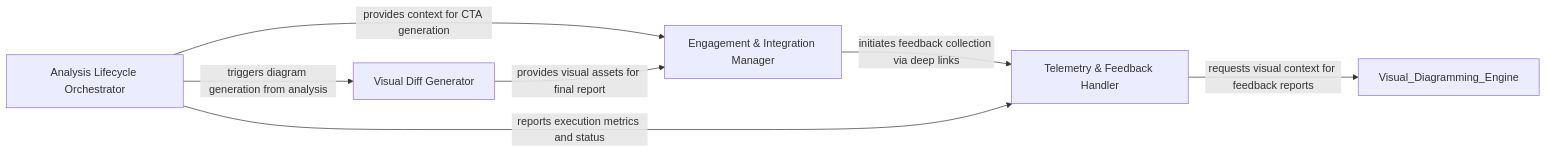
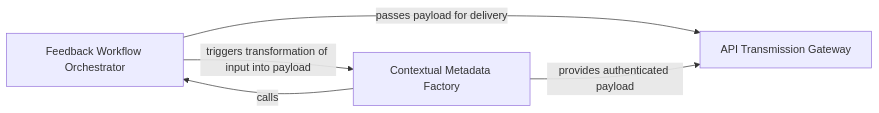
Before and after one commit to CodeBoarding/CodeBoarding-action: the fifth of 5 diagrams in docs/development/architecture.md, drawn with Mermaid. The commit also changed other lines of this file and 12 other files, not shown here.

Commit message:
chore(codeboarding): sync architecture baseline

````diff
--- a/docs/development/architecture.md
+++ b/docs/development/architecture.md
@@ -645,13 +461,10 @@
 ```mermaid
 graph LR
-    Telemetry_Feedback_Handler["Telemetry & Feedback Handler"]
-    Analysis_Lifecycle_Orchestrator["Analysis Lifecycle Orchestrator"]
-    Visual_Diff_Generator["Visual Diff Generator"]
-    Engagement_Integration_Manager["Engagement & Integration Manager"]
-    Analysis_Lifecycle_Orchestrator -- "triggers diagram generation from analysis" --> Visual_Diff_Generator
-    Analysis_Lifecycle_Orchestrator -- "provides context for CTA generation" --> Engagement_Integration_Manager
-    Visual_Diff_Generator -- "provides visual assets for final report" --> Engagement_Integration_Manager
-    Engagement_Integration_Manager -- "initiates feedback collection via deep links" --> Telemetry_Feedback_Handler
-    Analysis_Lifecycle_Orchestrator -- "reports execution metrics and status" --> Telemetry_Feedback_Handler
-    Telemetry_Feedback_Handler -- "requests visual context for feedback reports" --> Visual_Diagramming_Engine
+    Feedback_Workflow_Orchestrator["Feedback Workflow Orchestrator"]
+    Contextual_Metadata_Factory["Contextual Metadata Factory"]
+    API_Transmission_Gateway["API Transmission Gateway"]
+    Feedback_Workflow_Orchestrator -- "triggers transformation of input into payload" --> Contextual_Metadata_Factory
+    Feedback_Workflow_Orchestrator -- "passes payload for delivery" --> API_Transmission_Gateway
+    Contextual_Metadata_Factory -- "provides authenticated payload" --> API_Transmission_Gateway
+    Contextual_Metadata_Factory -- "calls" --> Feedback_Workflow_Orchestrator
 ```
````
